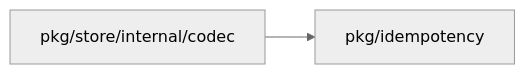
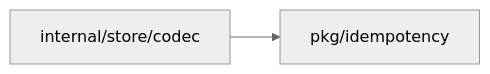
One commit to OpenDustpan/OpenDustpan changed the diagram in openspec/changes/job-start-idempotency-retention-24h/design.md. Above: the diagram before and after it, drawn with Mermaid (neutral theme). The commit also changed 9 other files, not shown here.

````diff
--- a/openspec/changes/job-start-idempotency-retention-24h/design.md
+++ b/openspec/changes/job-start-idempotency-retention-24h/design.md
@@ -23,6 +23,6 @@
 ```mermaid
 flowchart LR
 P1[pkg/idempotency]
-P2[pkg/store/internal/codec]
+P2[internal/store/codec]
 P2 --> P1
 ```
````
